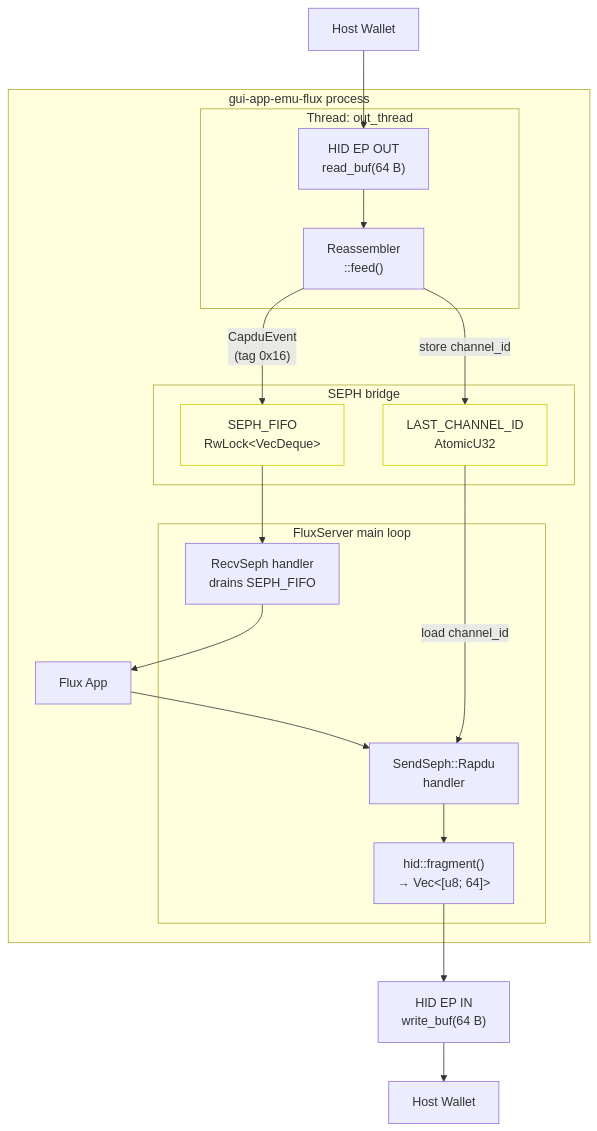
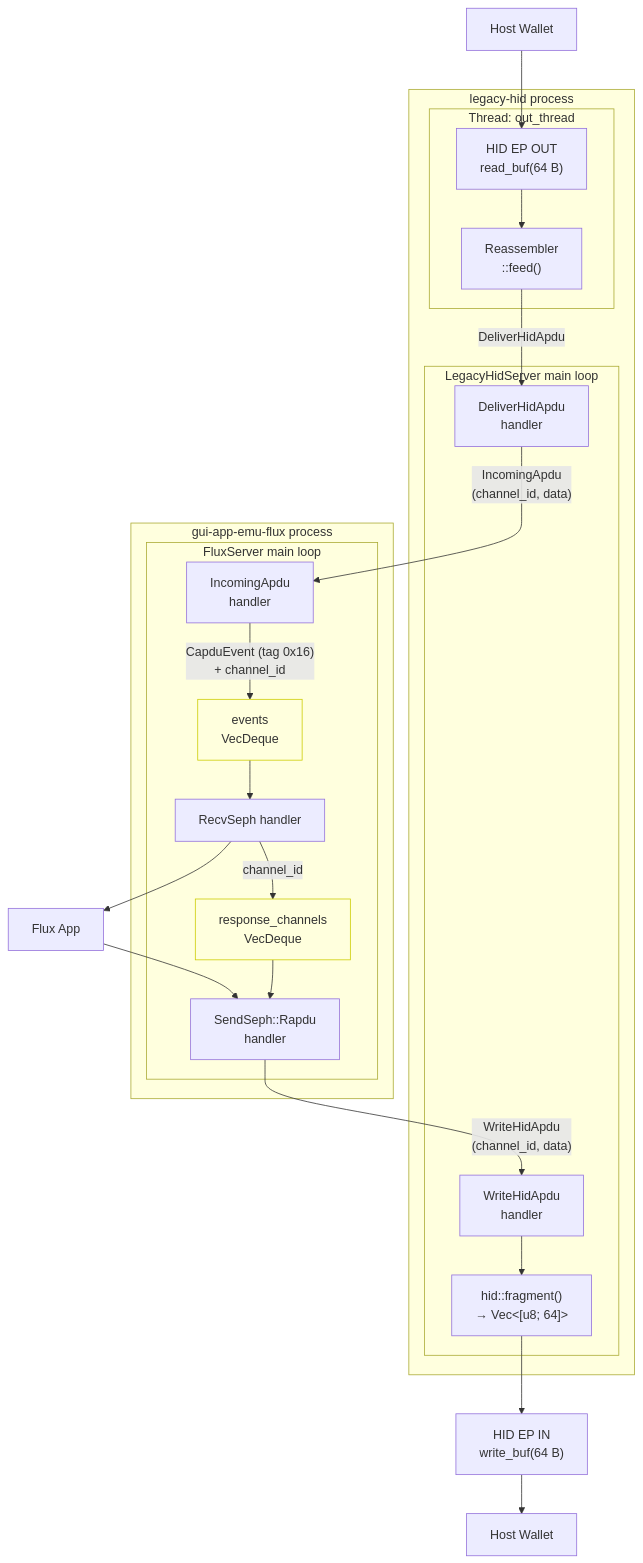
One commit to Foundation-Devices/KeyOS changed the second of 2 diagrams in docs/legacy-mode-hid.md. Above: the diagram before and after it, drawn with Mermaid. The commit also changed other lines of this file and 16 other files, not shown here.

First line of the commit message:
Harden Flux child registration and HID state handling

````diff
--- a/docs/legacy-mode-hid.md
+++ b/docs/legacy-mode-hid.md
@@ -160,36 +160,45 @@
 ```mermaid
 graph TD
-    subgraph "gui-app-emu-flux process"
+    subgraph "legacy-hid process"
         subgraph "Thread: out_thread"
             EPOUT["HID EP OUT<br/>read_buf(64 B)"]
             REASM["Reassembler<br/>::feed()"]
             EPOUT --> REASM
         end
 
-        subgraph "SEPH bridge"
-            FIFO["SEPH_FIFO<br/>RwLock&lt;VecDeque&gt;"]
-            CID["LAST_CHANNEL_ID<br/>AtomicU32"]
-        end
-
-        subgraph "FluxServer main loop"
-            RECV["RecvSeph handler<br/>drains SEPH_FIFO"]
-            SEND["SendSeph::Rapdu<br/>handler"]
+        subgraph "LegacyHidServer main loop"
+            DELIVER["DeliverHidApdu<br/>handler"]
+            WRITE["WriteHidApdu<br/>handler"]
             FRAG["hid::fragment()<br/>→ Vec&lt;[u8; 64]&gt;"]
         end
 
-        REASM -- "CapduEvent<br/>(tag 0x16)" --> FIFO
-        REASM -- "store channel_id" --> CID
-        FIFO --> RECV
-        RECV --> APP["Flux App"]
-        APP --> SEND
-        CID -- "load channel_id" --> SEND
-        SEND --> FRAG
+        REASM -- "DeliverHidApdu" --> DELIVER
+        WRITE --> FRAG
     end
+
+    subgraph "gui-app-emu-flux process"
+        subgraph "FluxServer main loop"
+            INCOMING["IncomingApdu<br/>handler"]
+            EVENTS["events<br/>VecDeque"]
+            RECV["RecvSeph handler"]
+            CHANNELS["response_channels<br/>VecDeque"]
+            SEND["SendSeph::Rapdu<br/>handler"]
+        end
+    end
+
+    DELIVER -- "IncomingApdu<br/>(channel_id, data)" --> INCOMING
+    INCOMING -- "CapduEvent (tag 0x16)<br/>+ channel_id" --> EVENTS
+    EVENTS --> RECV
+    RECV --> APP["Flux App"]
+    RECV -- "channel_id" --> CHANNELS
+    APP --> SEND
+    CHANNELS --> SEND
+    SEND -- "WriteHidApdu<br/>(channel_id, data)" --> WRITE
 
     FRAG --> EPIN["HID EP IN<br/>write_buf(64 B)"]
     EPIN --> HOST["Host Wallet"]
     HOSTOUT["Host Wallet"] --> EPOUT
 
-    style FIFO fill:#ffd,stroke:#cc0
-    style CID fill:#ffd,stroke:#cc0
+    style EVENTS fill:#ffd,stroke:#cc0
+    style CHANNELS fill:#ffd,stroke:#cc0
 ```
````
